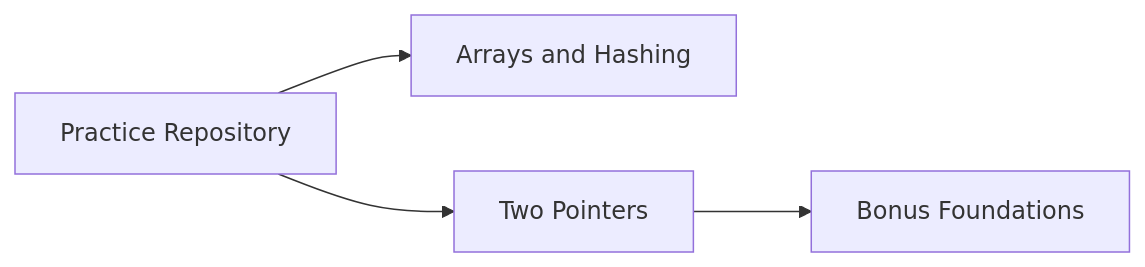
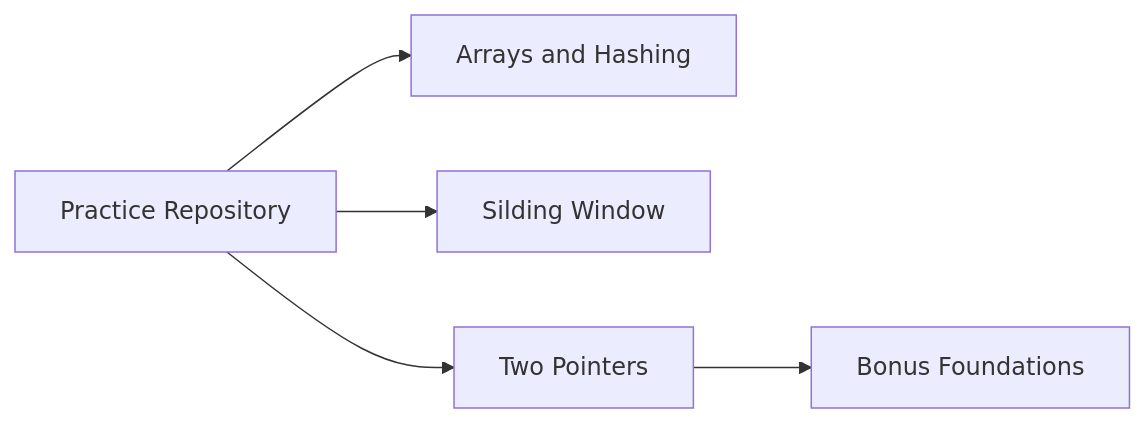
One commit to halcyon-past/SDE_PRACTICE_SHEET-MASTERY changed the second of 2 diagrams in README.md. Above: the diagram before and after it, drawn with Mermaid. The commit also changed other lines of this file and 1 other file, not shown here.

````diff
--- a/README.md
+++ b/README.md
@@ -29,7 +30,8 @@
 ```mermaid
 graph LR
     A[Practice Repository]
     A --> T1[Arrays and Hashing]
-    A --> T2[Two Pointers]
-    T2 --> B1[Bonus Foundations]
+    A --> T2[Silding Window]
+    A --> T3[Two Pointers]
+    T3 --> B1[Bonus Foundations]
 ```
````
